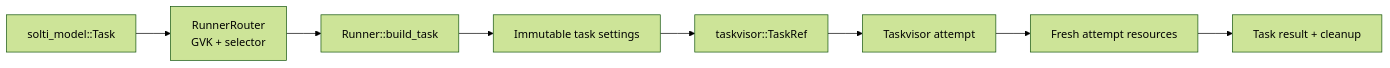
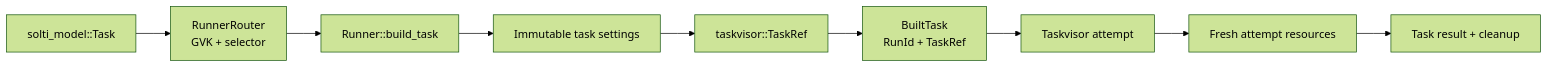
Before and after one commit to soltiHQ/sdk: the third of 11 diagrams in crates/solti-exec/ARCHITECTURE.md, drawn with Mermaid (forest theme). The commit also changed other lines of this file and 222 other files, not shown here.

````diff
--- a/crates/solti-exec/ARCHITECTURE.md
+++ b/crates/solti-exec/ARCHITECTURE.md
@@ -105,20 +106,22 @@
 ```mermaid
 %%{init: {"flowchart": {"curve": "linear"}}}%%
 flowchart LR
     Task["solti_model::Task"]
     Router["RunnerRouter<br/>GVK + selector"]
     Build["Runner::build_task"]
     Config["Immutable task settings"]
     TaskRef["taskvisor::TaskRef"]
+    Built["BuiltTask<br/>RunId + TaskRef"]
     Spawn["Taskvisor attempt"]
     Resources["Fresh attempt resources"]
     Result["Task result + cleanup"]
 
     Task --> Router
     Router --> Build
     Build --> Config
     Config --> TaskRef
-    TaskRef --> Spawn
+    TaskRef --> Built
+    Built --> Spawn
     Spawn --> Resources
     Resources --> Result
 ```
````
